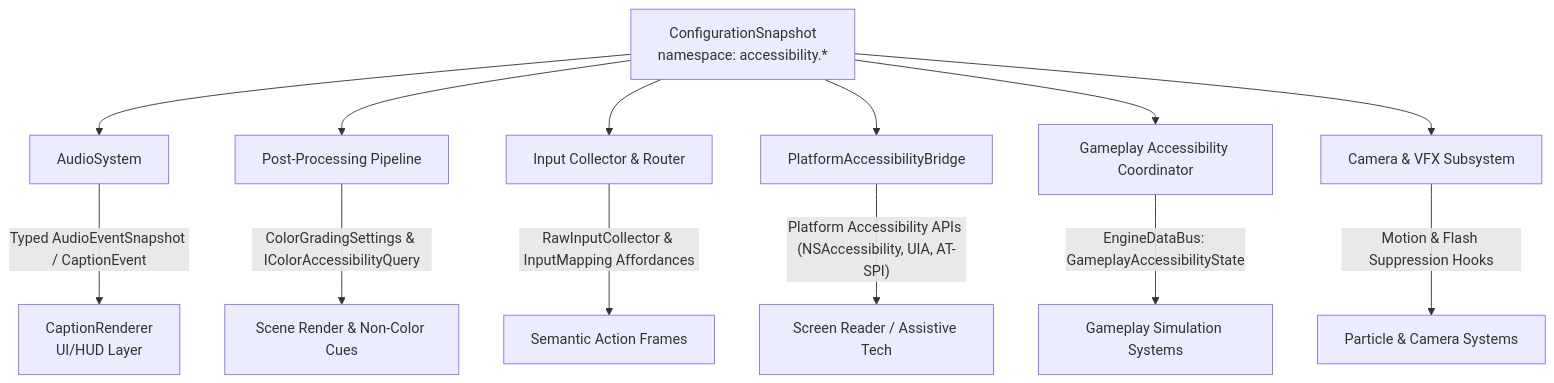
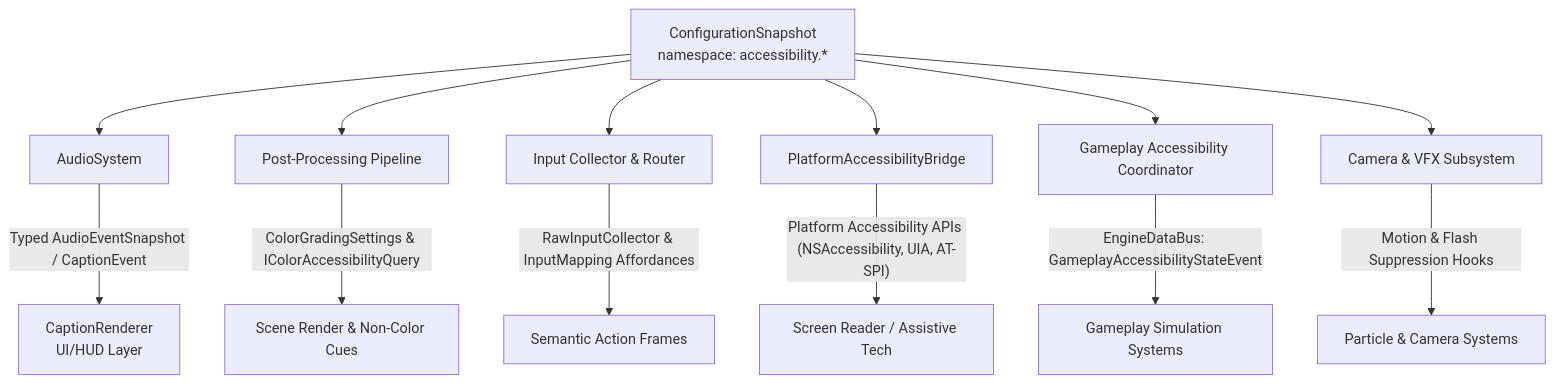
One commit to abdullahbodur/horo-engine changed the diagram in docs/adr/011-accessibility-ownership-typed-transport-and-non-gating-policy.md. Above: the diagram before and after it, drawn with Mermaid. The commit also changed other lines of this file and 1 other file, not shown here.

Commit message:
docs(accessibility): fix CVAA citation and owned transport strings #1849 [ACC-001.1]

````diff
--- a/docs/adr/011-accessibility-ownership-typed-transport-and-non-gating-policy.md
+++ b/docs/adr/011-accessibility-ownership-typed-transport-and-non-gating-policy.md
@@ -51,16 +51,16 @@
 ```mermaid
 graph TD
     Config[ConfigurationSnapshot\nnamespace: accessibility.*] --> Audio[AudioSystem]
     Config --> PostProc[Post-Processing Pipeline]
     Config --> Input[Input Collector & Router]
     Config --> UIBridge[PlatformAccessibilityBridge]
     Config --> GameCoord[Gameplay Accessibility Coordinator]
     Config --> VFX[Camera & VFX Subsystem]
 
     Audio -- "Typed AudioEventSnapshot / CaptionEvent" --> Captions[CaptionRenderer\nUI/HUD Layer]
     PostProc -- "ColorGradingSettings & IColorAccessibilityQuery" --> Viewport[Scene Render & Non-Color Cues]
     Input -- "RawInputCollector & InputMapping Affordances" --> SemanticInput[Semantic Action Frames]
     UIBridge -- "Platform Accessibility APIs (NSAccessibility, UIA, AT-SPI)" --> OSBridge[Screen Reader / Assistive Tech]
-    GameCoord -- "EngineDataBus: GameplayAccessibilityState" --> GameSim[Gameplay Simulation Systems]
+    GameCoord -- "EngineDataBus: GameplayAccessibilityStateEvent" --> GameSim[Gameplay Simulation Systems]
     VFX -- "Motion & Flash Suppression Hooks" --> Effects[Particle & Camera Systems]
 ```
````
